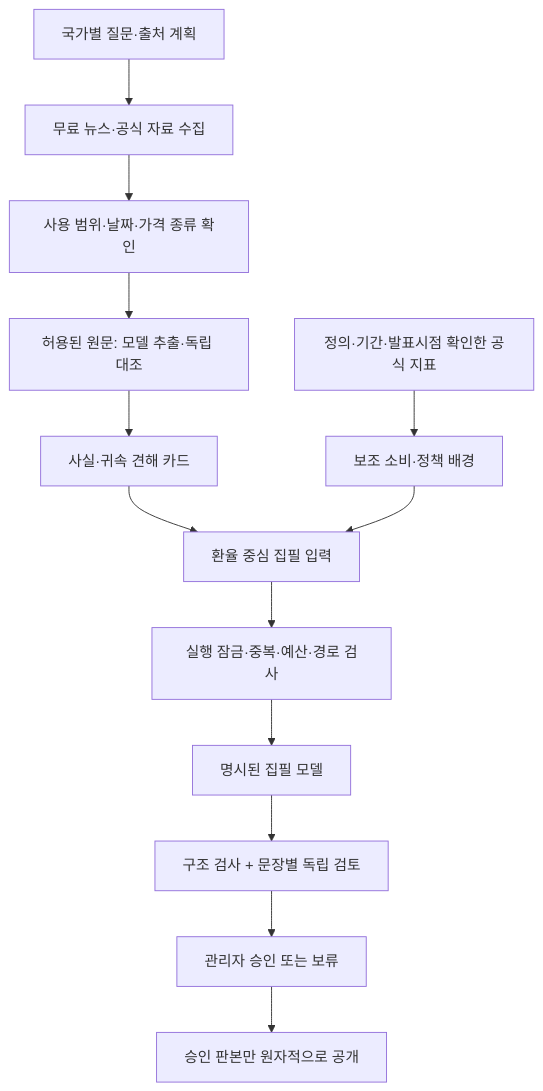
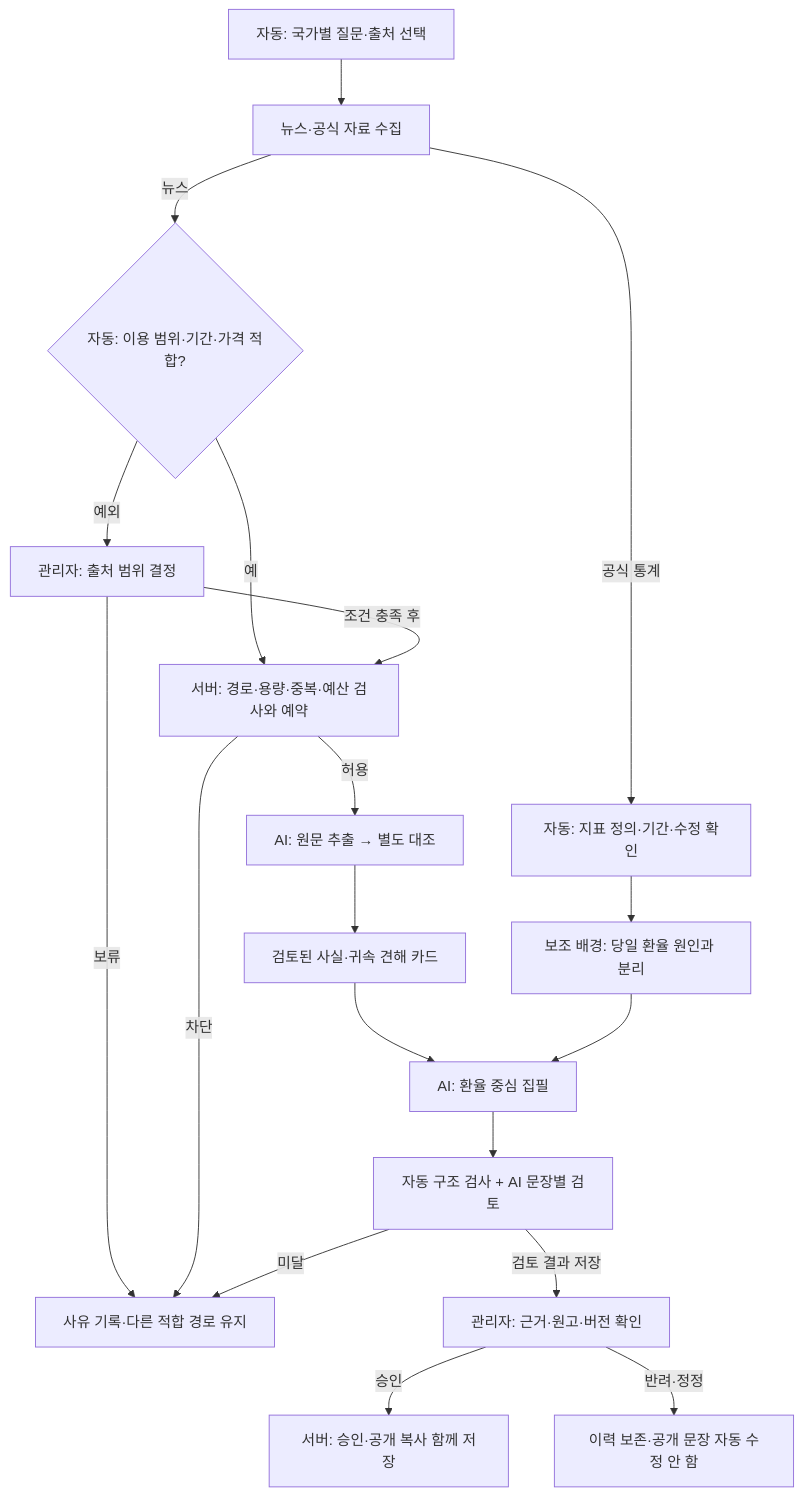
Before and after one commit to erleri/congenial-octo-garbanzo: the fifth of 6 diagrams in docs/guide/architecture.md, drawn with Mermaid. The commit also changed other lines of this file and 78 other files, not shown here.

````diff
--- a/docs/guide/architecture.md
+++ b/docs/guide/architecture.md
@@ -41,15 +120,26 @@
 ```mermaid
 flowchart TD
-  P[국가별 질문·출처 계획] --> C[무료 뉴스·공식 자료 수집]
-  C --> U[사용 범위·날짜·가격 종류 확인]
-  U --> X[허용된 원문: 모델 추출·독립 대조]
-  X --> CARD[사실·귀속 견해 카드]
-  STAT[정의·기간·발표시점 확인한 공식 지표] --> BG[보조 소비·정책 배경]
-  CARD --> IN[환율 중심 집필 입력]
-  BG --> IN
-  IN --> COST[실행 잠금·중복·예산·경로 검사]
-  COST --> WRITE[명시된 집필 모델]
-  WRITE --> REVIEW[구조 검사 + 문장별 독립 검토]
-  REVIEW --> ADMIN[관리자 승인 또는 보류]
-  ADMIN --> PUBLIC[승인 판본만 원자적으로 공개]
+  PLAN[자동: 국가별 질문·출처 선택] --> COLLECT[뉴스·공식 자료 수집]
+  COLLECT -->|뉴스| SCOPE{자동: 이용 범위·기간·가격 적합?}
+  SCOPE -->|예| GATE[서버: 경로·용량·중복·예산 검사와 예약]
+  SCOPE -->|예외| SOURCE[관리자: 출처 범위 결정]
+  SOURCE -->|조건 충족 후| GATE
+  SOURCE -->|보류| HOLD[사유 기록·다른 적합 경로 유지]
+  GATE -->|허용| EXTRACT[AI: 원문 추출 → 별도 대조]
+  GATE -->|차단| HOLD
+  EXTRACT --> CARDS[검토된 사실·귀속 견해 카드]
+  COLLECT -->|공식 통계| OFFICIAL[자동: 지표 정의·기간·수정 확인]
+  OFFICIAL --> BG[보조 배경: 당일 환율 원인과 분리]
+  CARDS --> WRITE[AI: 환율 중심 집필]
+  BG --> WRITE
+  WRITE --> REVIEW[자동 구조 검사 + AI 문장별 검토]
+  REVIEW -->|미달| HOLD
+  REVIEW -->|검토 결과 저장| ADMIN[관리자: 근거·원고·버전 확인]
+  ADMIN -->|승인| PUBLIC[서버: 승인·공개 복사 함께 저장]
+  ADMIN -->|반려·정정| HISTORY[이력 보존·공개 문장 자동 수정 안 함]
+  classDef normal fill:#edf4f8,stroke:#25465d,color:#162f43;
+  classDef decision fill:#fff4d6,stroke:#8a6416,color:#42330e;
+  classDef human fill:#e5f3ee,stroke:#19745f,color:#104b3e;
+  classDef hold fill:#fceceb,stroke:#a64e45,color:#71302a;
+
 ```
````
